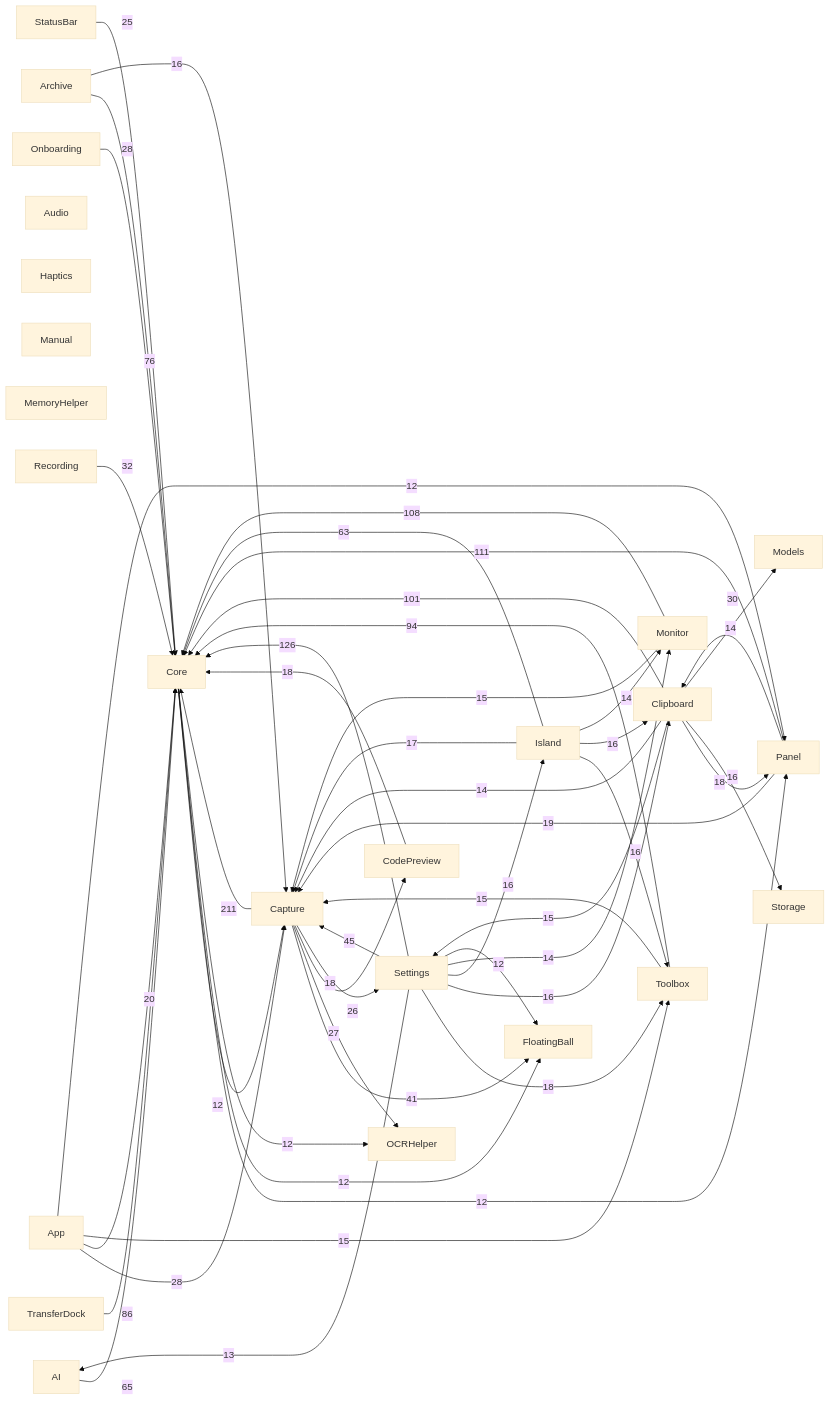
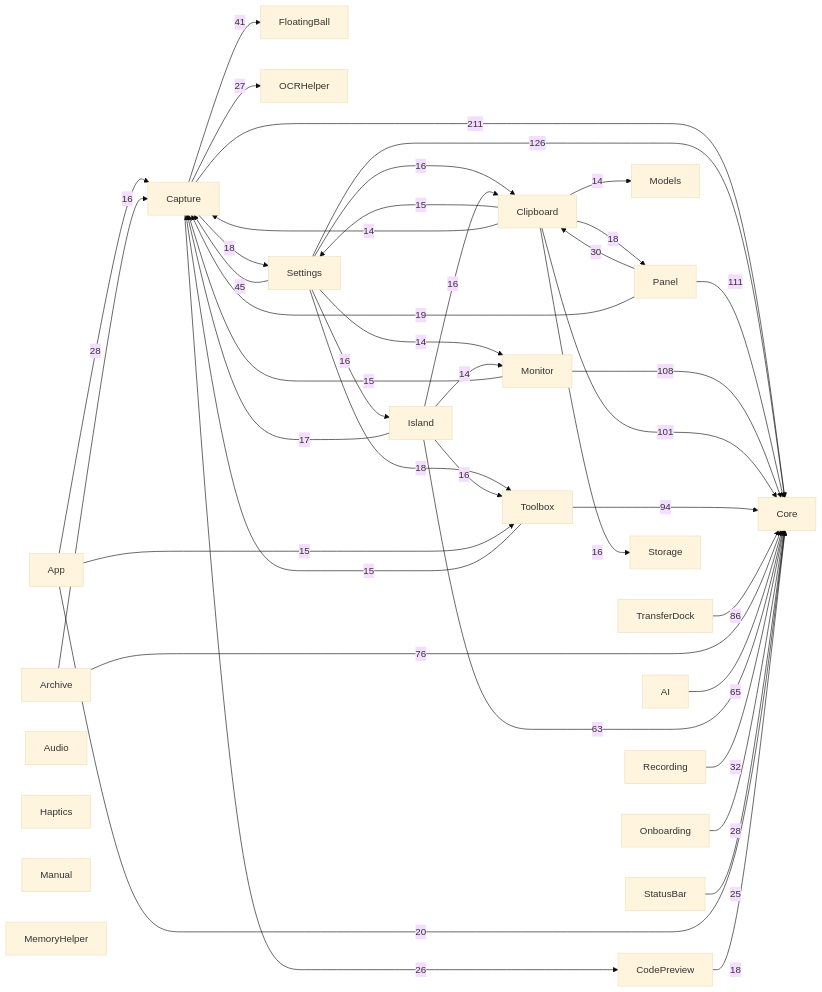
The diagram in docs/00-总览/模块依赖图.md (sxyq/Kitnest), drawn with Mermaid (base theme) before and after one commit. The commit also changed other lines of this file and 10 other files, not shown here.

````diff
--- a/docs/00-总览/模块依赖图.md
+++ b/docs/00-总览/模块依赖图.md
@@ -38,74 +38,67 @@
 ```mermaid
 flowchart LR
   M0["AI"]
   M1["App"]
   M2["Archive"]
   M3["Audio"]
   M4["Capture"]
   M5["Clipboard"]
   M6["CodePreview"]
   M7["Core"]
   M8["FloatingBall"]
   M9["Haptics"]
   M10["Island"]
   M11["Manual"]
   M12["MemoryHelper"]
   M13["Models"]
   M14["Monitor"]
   M15["OCRHelper"]
   M16["Onboarding"]
   M17["Panel"]
   M18["Recording"]
   M19["Settings"]
   M20["StatusBar"]
   M21["Storage"]
   M22["Toolbox"]
   M23["TransferDock"]
   M4 -->|211| M7
   M19 -->|126| M7
   M17 -->|111| M7
   M14 -->|108| M7
   M5 -->|101| M7
   M22 -->|94| M7
   M23 -->|86| M7
   M2 -->|76| M7
   M0 -->|65| M7
   M10 -->|63| M7
   M19 -->|45| M4
   M4 -->|41| M8
   M18 -->|32| M7
   M17 -->|30| M5
   M1 -->|28| M4
   M16 -->|28| M7
   M4 -->|27| M15
   M4 -->|26| M6
   M20 -->|25| M7
   M1 -->|20| M7
   M17 -->|19| M4
   M19 -->|18| M22
   M4 -->|18| M19
   M6 -->|18| M7
   M5 -->|18| M17
   M10 -->|17| M4
   M19 -->|16| M5
   M19 -->|16| M10
   M2 -->|16| M4
   M10 -->|16| M22
   M10 -->|16| M5
   M5 -->|16| M21
   M1 -->|15| M22
   M14 -->|15| M4
   M22 -->|15| M4
   M5 -->|15| M19
   M19 -->|14| M14
   M10 -->|14| M14
   M5 -->|14| M4
   M5 -->|14| M13
-  M19 -->|13| M0
-  M7 -->|12| M4
-  M7 -->|12| M17
-  M7 -->|12| M8
-  M7 -->|12| M15
-  M1 -->|12| M17
-  M19 -->|12| M8
 ```
````
